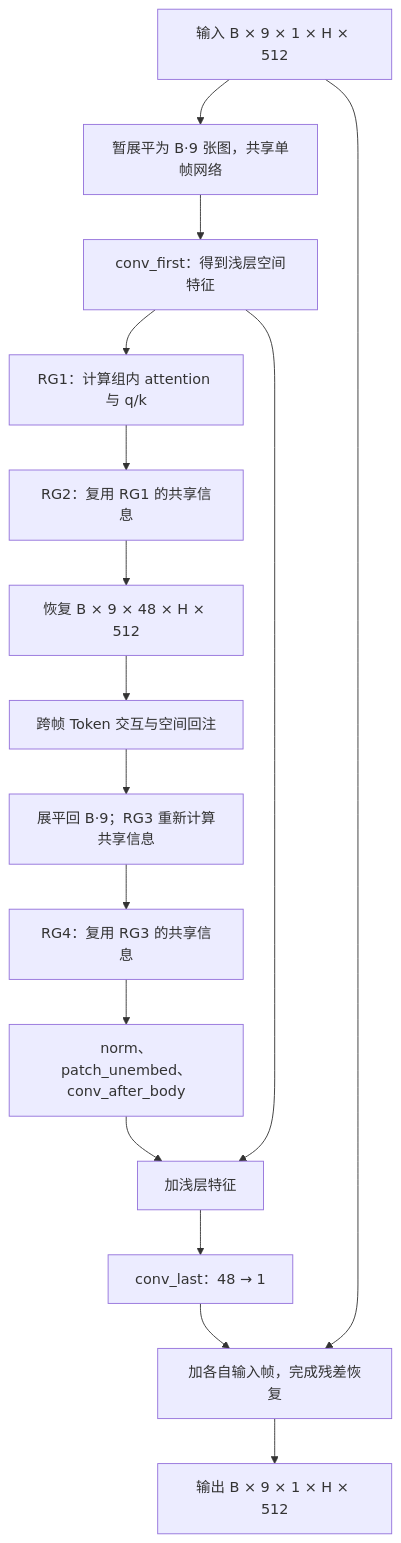
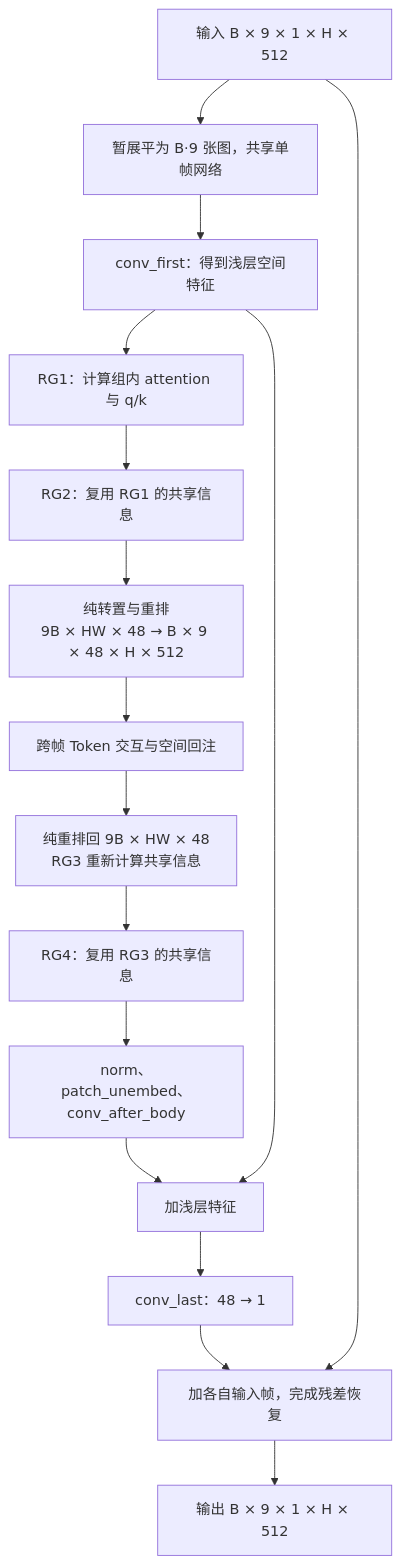
One commit to deathend110/SAR_Sequence_Restore changed the fifth of 17 diagrams in docs/跨帧Token交互实验指导书.md. Above: the diagram before and after it, drawn with Mermaid. The commit also changed other lines of this file and 1 other file, not shown here.

````diff
--- a/docs/跨帧Token交互实验指导书.md
+++ b/docs/跨帧Token交互实验指导书.md
@@ -160,18 +160,18 @@
 ```mermaid
 graph TD
     X["输入 B × 9 × 1 × H × 512"] --> FLAT["暂展平为 B·9 张图，共享单帧网络"]
     FLAT --> SH["conv_first：得到浅层空间特征"]
     SH --> RG1["RG1：计算组内 attention 与 q/k"]
     RG1 --> RG2["RG2：复用 RG1 的共享信息"]
-    RG2 --> REST["恢复 B × 9 × 48 × H × 512"]
+    RG2 --> REST["纯转置与重排<br/>9B × HW × 48 → B × 9 × 48 × H × 512"]
     REST --> STR["跨帧 Token 交互与空间回注"]
-    STR --> RG3["展平回 B·9；RG3 重新计算共享信息"]
+    STR --> RG3["纯重排回 9B × HW × 48<br/>RG3 重新计算共享信息"]
     RG3 --> RG4["RG4：复用 RG3 的共享信息"]
     RG4 --> BODY["norm、patch_unembed、conv_after_body"]
     BODY --> ADD["加浅层特征"]
     SH --> ADD
     ADD --> LAST["conv_last：48 → 1"]
     LAST --> RES["加各自输入帧，完成残差恢复"]
     X --> RES
     RES --> OUT["输出 B × 9 × 1 × H × 512"]
 ```
````
